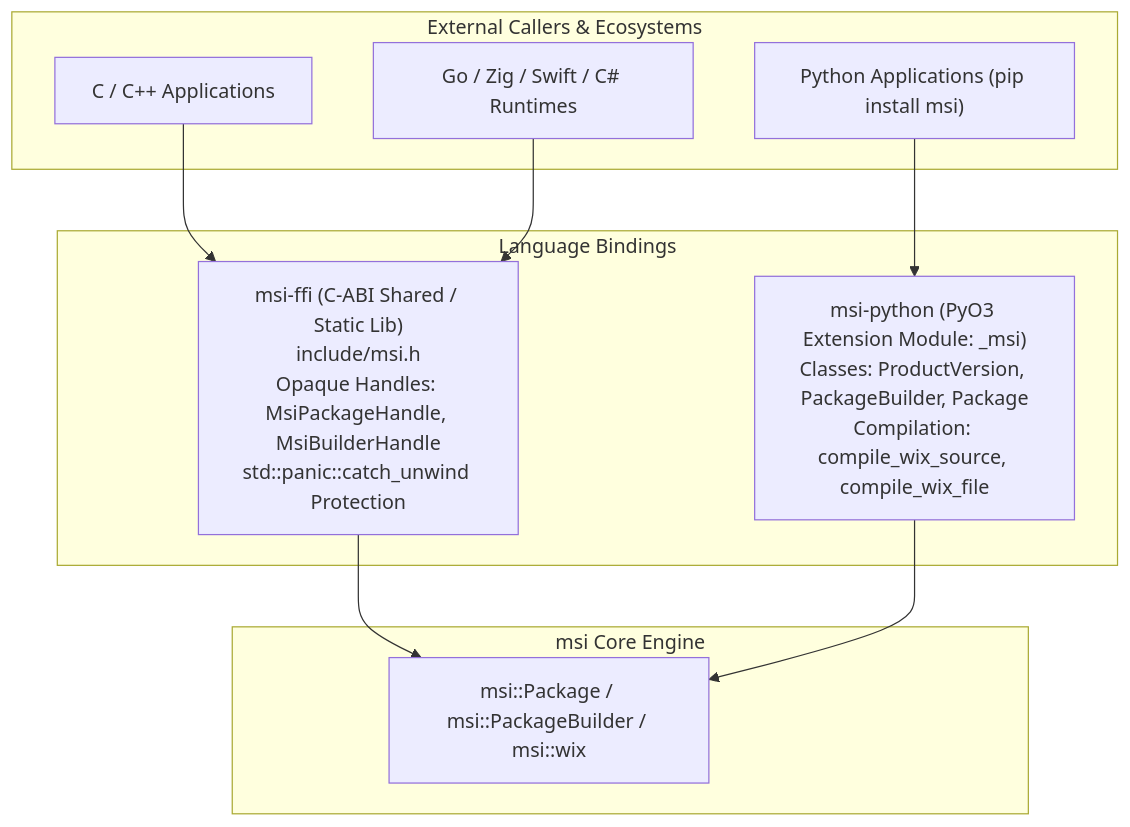
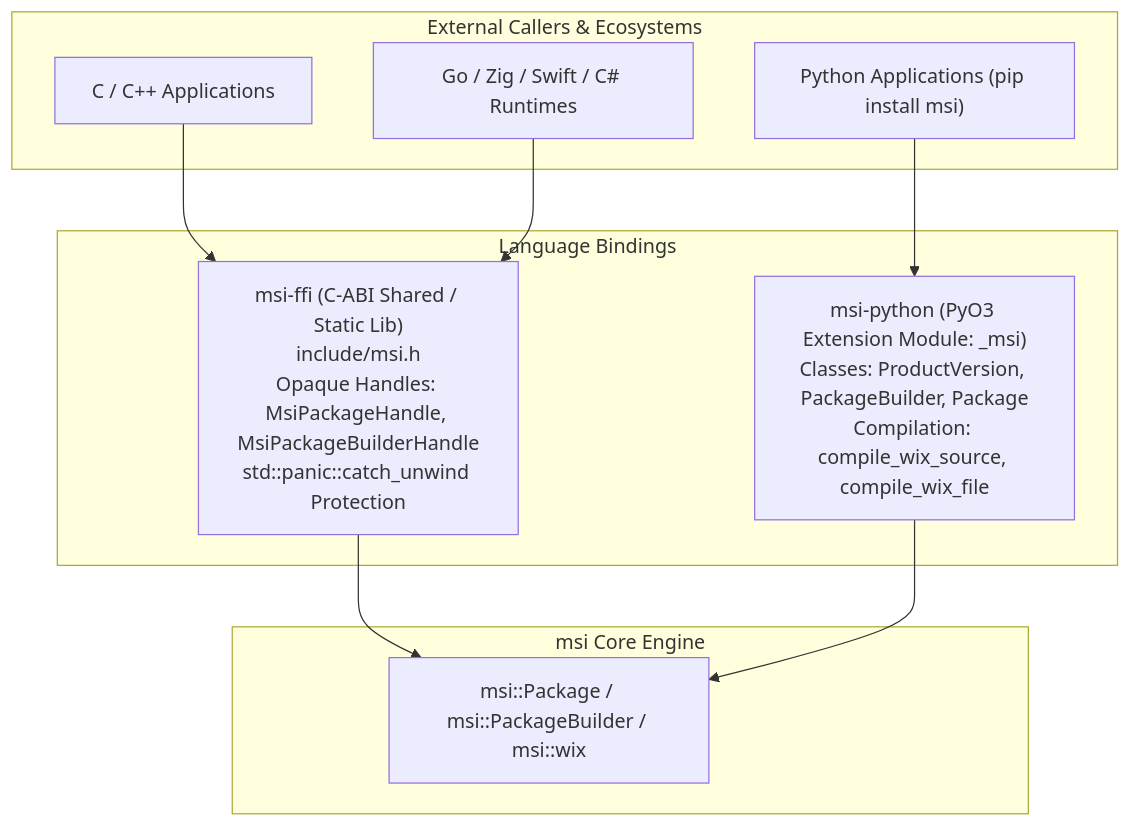
Diagram 12 of 13 in ARCHITECTURE.md (SamuelMarks/msi-rs), drawn with Mermaid before and after one commit. The commit also changed other lines of this file and 13 other files, not shown here.

````diff
--- a/ARCHITECTURE.md
+++ b/ARCHITECTURE.md
@@ -660,24 +663,24 @@
 ```mermaid
 graph TD
     subgraph EXTERNAL_CONSUMERS["External Callers & Ecosystems"]
         C_CALLERS["C / C++ Applications"]
         GO_ZIG["Go / Zig / Swift / C# Runtimes"]
         PY_CALLERS["Python Applications (pip install msi)"]
     end
 
     subgraph FFI_LAYER["Language Bindings"]
-        C_ABI["msi-ffi (C-ABI Shared / Static Lib)<br/>include/msi.h<br/>Opaque Handles: MsiPackageHandle, MsiBuilderHandle<br/>std::panic::catch_unwind Protection"]
+        C_ABI["msi-ffi (C-ABI Shared / Static Lib)<br/>include/msi.h<br/>Opaque Handles: MsiPackageHandle, MsiPackageBuilderHandle<br/>std::panic::catch_unwind Protection"]
         PY_EXT["msi-python (PyO3 Extension Module: _msi)<br/>Classes: ProductVersion, PackageBuilder, Package<br/>Compilation: compile_wix_source, compile_wix_file"]
     end
 
     subgraph CORE["msi Core Engine"]
         CORE_API["msi::Package / msi::PackageBuilder / msi::wix"]
     end
 
     C_CALLERS --> C_ABI
     GO_ZIG --> C_ABI
     PY_CALLERS --> PY_EXT
 
     C_ABI --> CORE_API
     PY_EXT --> CORE_API
 ```
````
